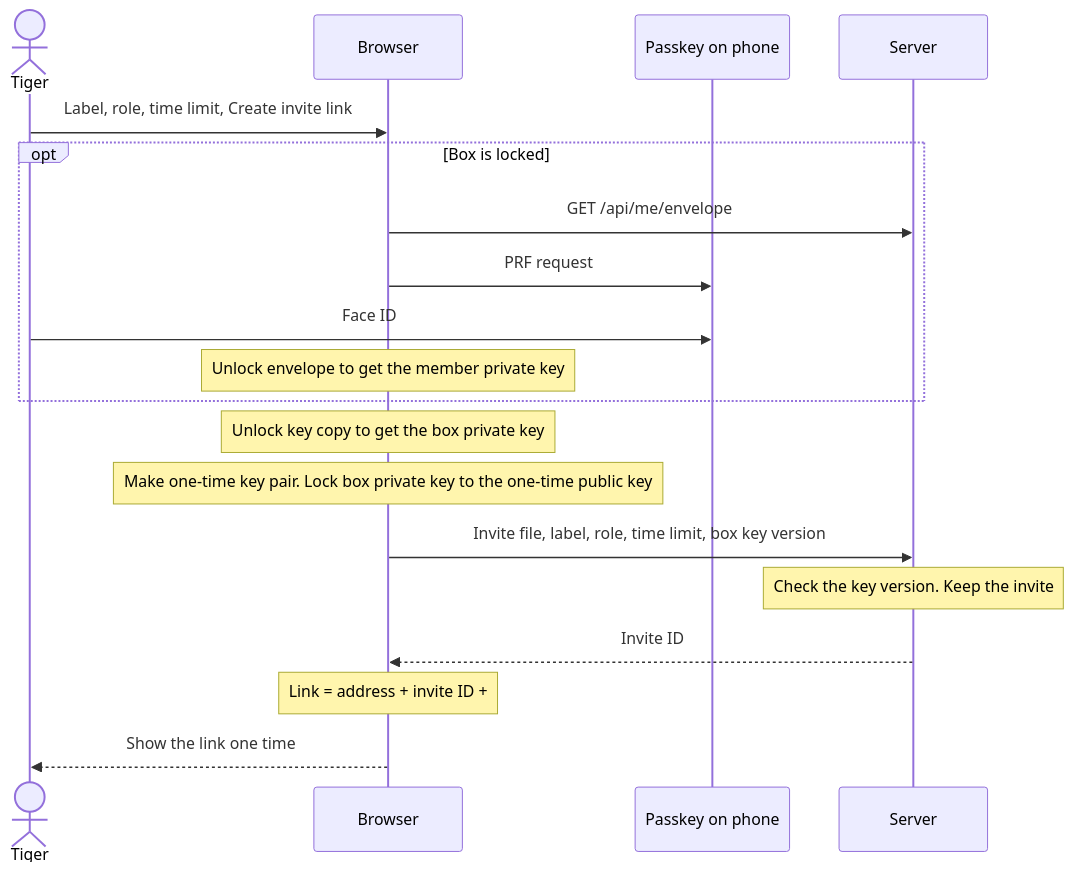
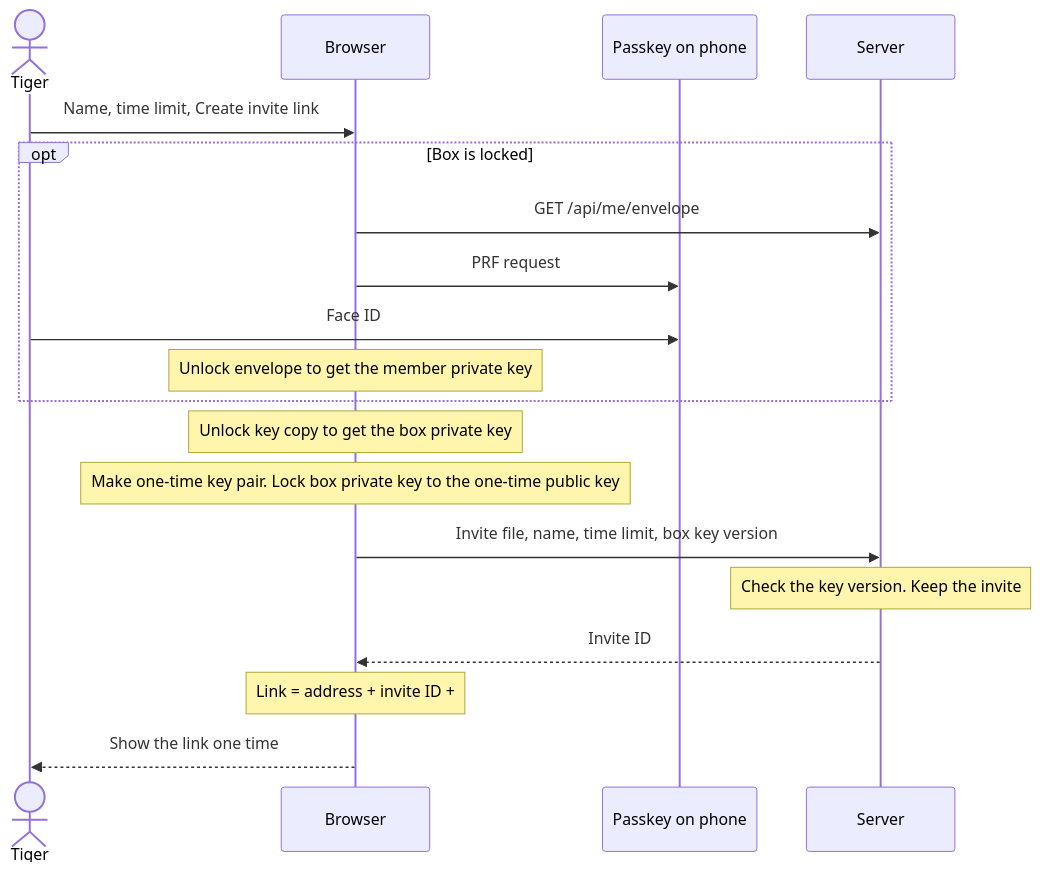
The first of 2 diagrams in docs/04-create-invite.md (intaniger/secretbox), drawn with Mermaid before and after one commit. The commit also changed other lines of this file and 18 other files, not shown here.

````diff
--- a/docs/04-create-invite.md
+++ b/docs/04-create-invite.md
@@ -34,21 +36,21 @@
 ```mermaid
 sequenceDiagram
   actor T as Tiger
   participant B as Browser
   participant P as Passkey on phone
   participant S as Server
-  T->>B: Label, role, time limit, Create invite link
+  T->>B: Name, time limit, Create invite link
   opt Box is locked
     B->>S: GET /api/me/envelope
     B->>P: PRF request
     T->>P: Face ID
     Note over B: Unlock envelope to get the member private key
   end
   Note over B: Unlock key copy to get the box private key
   Note over B: Make one-time key pair. Lock box private key to the one-time public key
-  B->>S: Invite file, label, role, time limit, box key version
+  B->>S: Invite file, name, time limit, box key version
   Note over S: Check the key version. Keep the invite
   S-->>B: Invite ID
   Note over B: Link = address + invite ID + # + one-time private key
   B-->>T: Show the link one time
 ```
````
